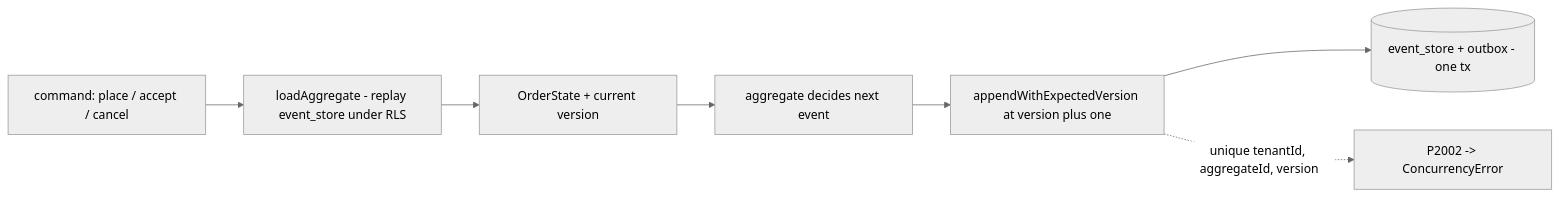
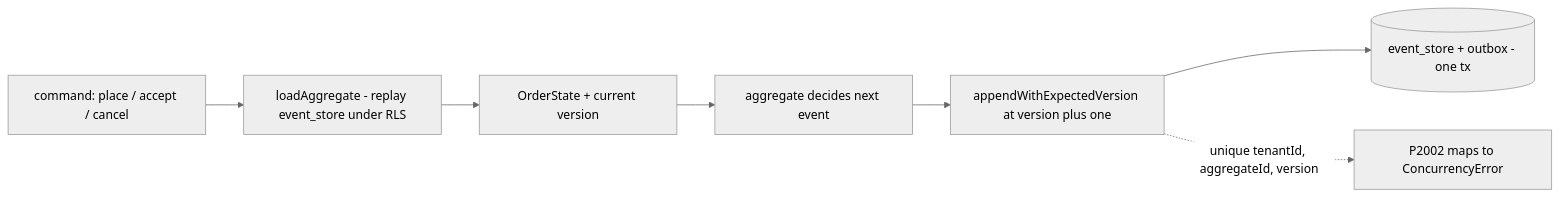
One commit to khasang12/FlashBite changed the fourth of 8 diagrams in docs/ARCHITECTURE.md. Above: the diagram before and after it, drawn with Mermaid (neutral theme). The commit also changed other lines of this file, not shown here.

First line of the commit message:
docs(arch): make §3 mermaid render on GitHub (drop +, second-colon, in-label arrow)

````diff
--- a/docs/ARCHITECTURE.md
+++ b/docs/ARCHITECTURE.md
@@ -193,12 +193,12 @@
 ```mermaid
 flowchart LR
   CMD["command: place / accept / cancel"]
   LD["loadAggregate - replay event_store under RLS"]
   ST["OrderState + current version"]
   DE["aggregate decides next event"]
   AP["appendWithExpectedVersion at version plus one"]
   PG[("event_store + outbox - one tx")]
-  CE["P2002 -> ConcurrencyError"]
+  CE["P2002 maps to ConcurrencyError"]
   CMD --> LD --> ST --> DE --> AP --> PG
   AP -.->|"unique tenantId, aggregateId, version"| CE
 ```
````
